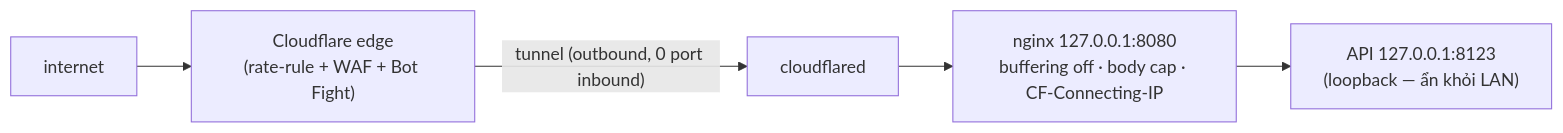
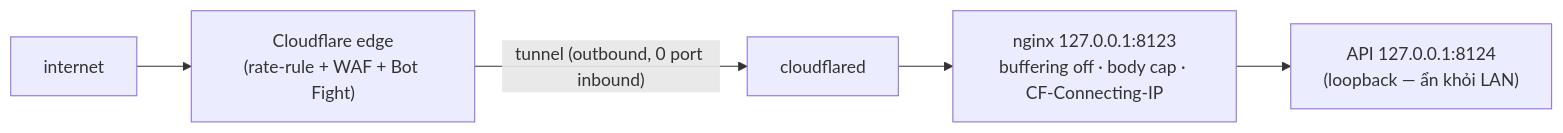
The sixth of 6 diagrams in docs/kien-truc-va-mo-rong.md (truongqv12/all_voice), drawn with Mermaid before and after one commit. The commit also changed 9 other files, not shown here.

````diff
--- a/docs/kien-truc-va-mo-rong.md
+++ b/docs/kien-truc-va-mo-rong.md
@@ -426,7 +426,7 @@
 ```mermaid
 flowchart LR
     Net["internet"] --> Edge["Cloudflare edge<br/>(rate-rule + WAF + Bot Fight)"]
     Edge -->|"tunnel (outbound, 0 port inbound)"| CFd["cloudflared"]
-    CFd --> Nginx["nginx 127.0.0.1:8080<br/>buffering off · body cap · CF-Connecting-IP"]
-    Nginx --> API["API 127.0.0.1:8123<br/>(loopback — ẩn khỏi LAN)"]
+    CFd --> Nginx["nginx 127.0.0.1:8123<br/>buffering off · body cap · CF-Connecting-IP"]
+    Nginx --> API["API 127.0.0.1:8124<br/>(loopback — ẩn khỏi LAN)"]
 ```
````
